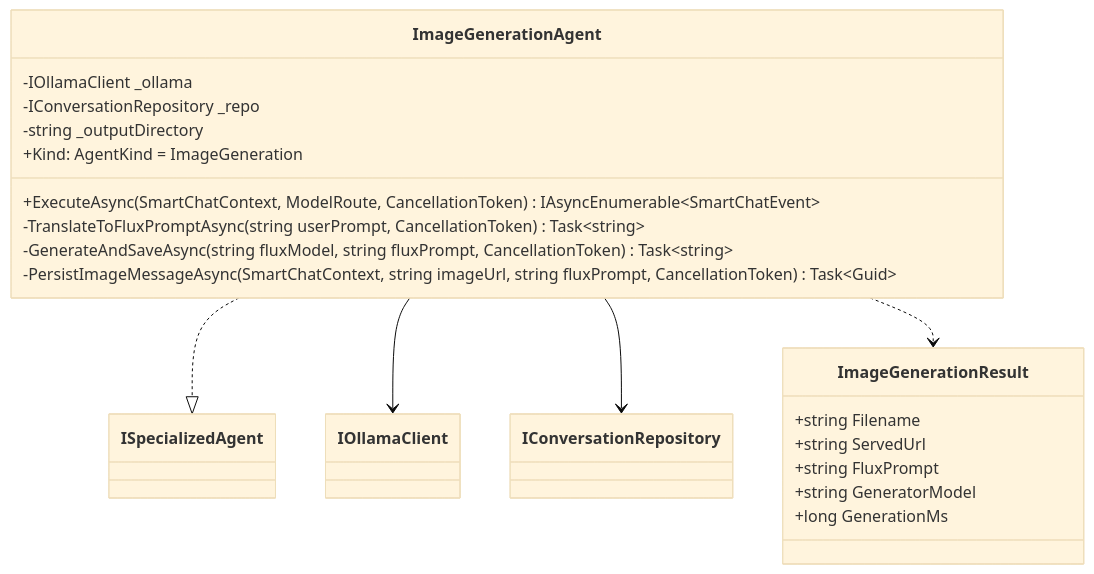
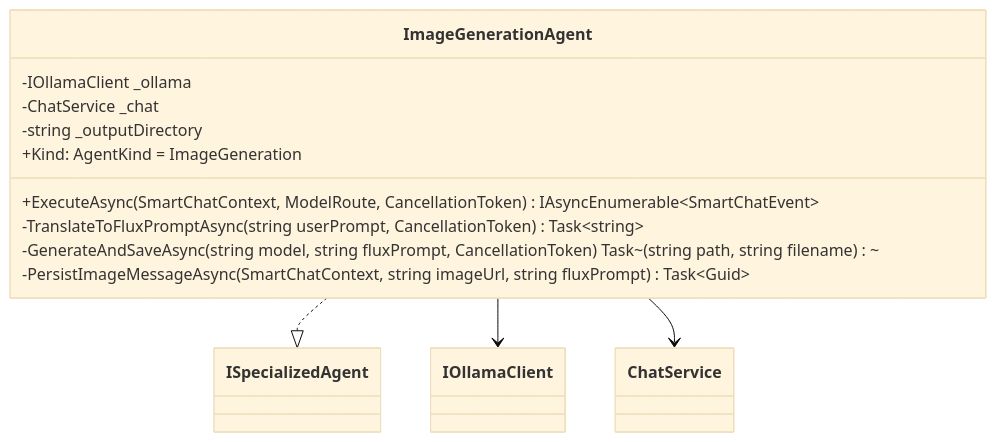
One commit to ekanatha-urivakili/EminentAiAgent changed the ninth of 19 diagrams in docs/AGENT_2_AGENT_ARCHITECTURE.md. Above: the diagram before and after it, drawn with Mermaid (base theme). The commit also changed other lines of this file and 58 other files, not shown here.

Commit message:
Agent 2 agent task orchestration

````diff
--- a/docs/AGENT_2_AGENT_ARCHITECTURE.md
+++ b/docs/AGENT_2_AGENT_ARCHITECTURE.md
@@ -759,26 +835,17 @@
 ```mermaid
 classDiagram
     class ImageGenerationAgent {
         -IOllamaClient _ollama
-        -IConversationRepository _repo
+        -ChatService _chat
         -string _outputDirectory
         +Kind: AgentKind = ImageGeneration
         +ExecuteAsync(SmartChatContext, ModelRoute, CancellationToken) IAsyncEnumerable~SmartChatEvent~
         -TranslateToFluxPromptAsync(string userPrompt, CancellationToken) Task~string~
-        -GenerateAndSaveAsync(string fluxModel, string fluxPrompt, CancellationToken) Task~string~
-        -PersistImageMessageAsync(SmartChatContext, string imageUrl, string fluxPrompt, CancellationToken) Task~Guid~
-    }
-
-    class ImageGenerationResult {
-        +string Filename
-        +string ServedUrl
-        +string FluxPrompt
-        +string GeneratorModel
-        +long GenerationMs
+        -GenerateAndSaveAsync(string model, string fluxPrompt, CancellationToken) Task~(string path, string filename)~
+        -PersistImageMessageAsync(SmartChatContext, string imageUrl, string fluxPrompt) Task~Guid~
     }
 
     ImageGenerationAgent ..|> ISpecializedAgent
     ImageGenerationAgent --> IOllamaClient
-    ImageGenerationAgent --> IConversationRepository
-    ImageGenerationAgent ..> ImageGenerationResult
+    ImageGenerationAgent --> ChatService
 ```
````
